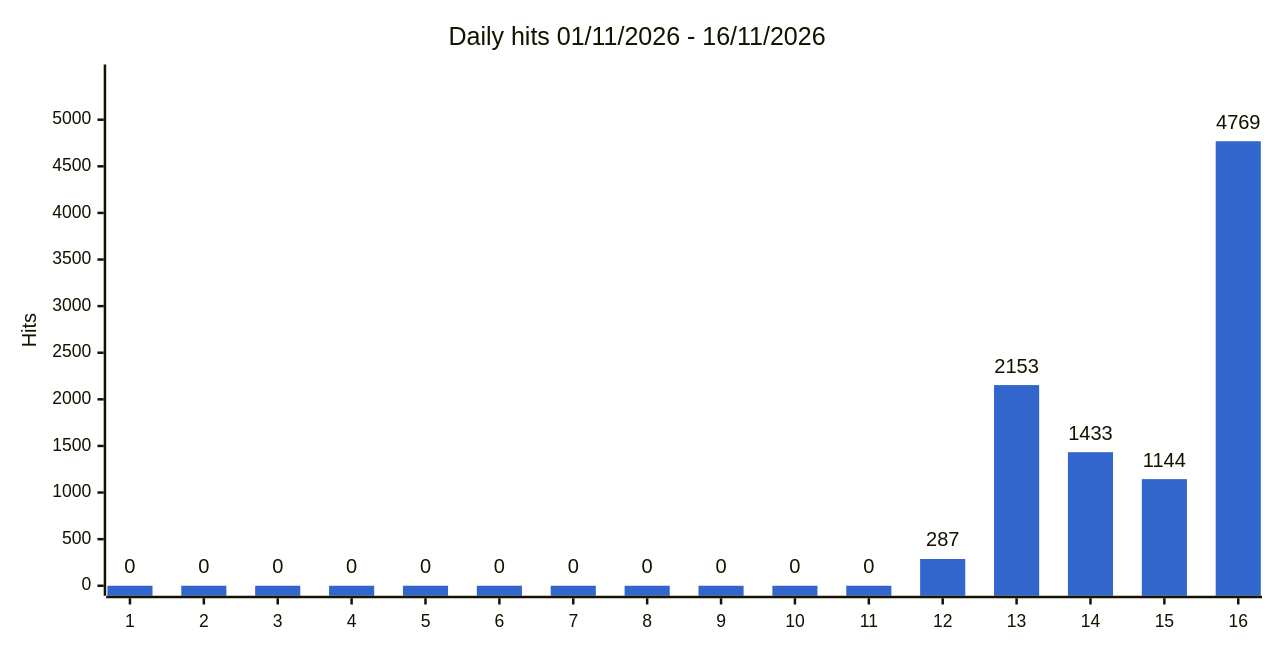
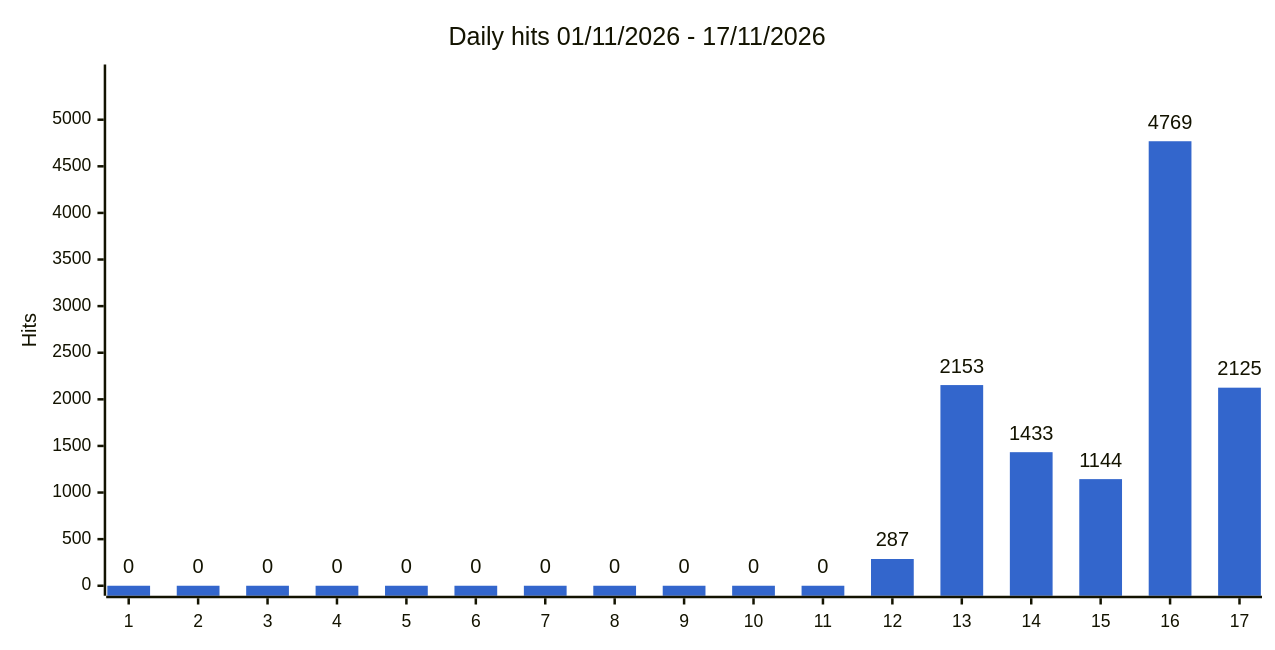
One commit to gmoulard/wikipedia2book changed the second of 3 diagrams in docs/stats.md. Above: the diagram before and after it, drawn with Mermaid. The commit also changed other lines of this file and 2 other files, not shown here.

Commit message:
stats: daily 2026-11-18 07:52 UTC

````diff
--- a/docs/stats.md
+++ b/docs/stats.md
@@ -28,8 +28,8 @@
 ```mermaid
 %%{init: {"xyChart": {"width": 1000, "showDataLabel": true, "showDataLabelOutsideBar": true}, "themeVariables": {"xyChart": {"plotColorPalette": "#3366cc"}}}}%%
 xychart-beta
-    title "Daily hits 01/11/2026 - 16/11/2026"
-    x-axis ["1", "2", "3", "4", "5", "6", "7", "8", "9", "10", "11", "12", "13", "14", "15", "16"]
+    title "Daily hits 01/11/2026 - 17/11/2026"
+    x-axis ["1", "2", "3", "4", "5", "6", "7", "8", "9", "10", "11", "12", "13", "14", "15", "16", "17"]
     y-axis "Hits" 0 --> 5485
-    bar [0, 0, 0, 0, 0, 0, 0, 0, 0, 0, 0, 287, 2153, 1433, 1144, 4769]
+    bar [0, 0, 0, 0, 0, 0, 0, 0, 0, 0, 0, 287, 2153, 1433, 1144, 4769, 2125]
 ```
````
